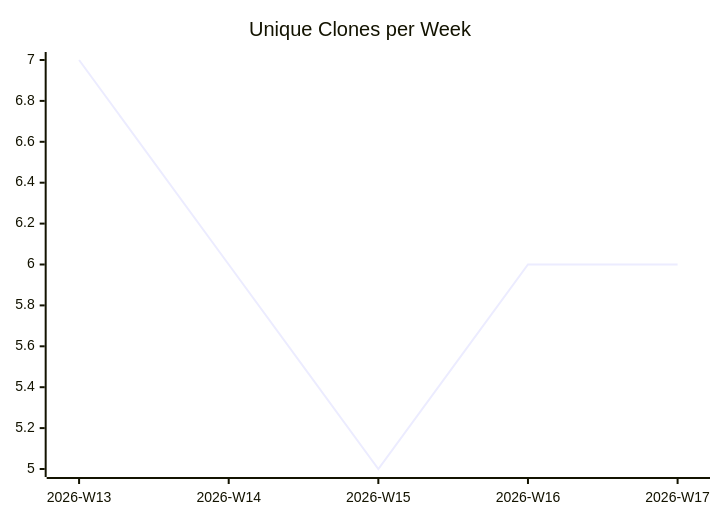
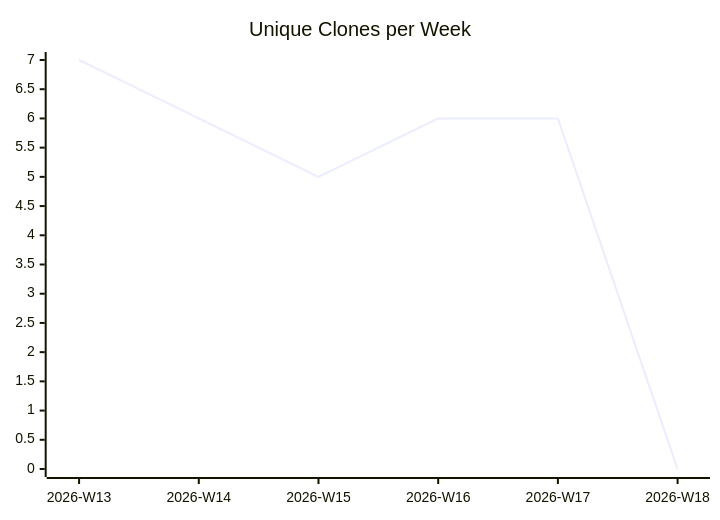
The third of 3 diagrams in karlmdavis/lego-ev3dev-rs/README.md (justdavis-family/github-analytics-data), drawn with Mermaid before and after one commit. The commit also changed other lines of this file and 184 other files, not shown here.

````diff
--- a/karlmdavis/lego-ev3dev-rs/README.md
+++ b/karlmdavis/lego-ev3dev-rs/README.md
@@ -19,6 +19,6 @@
 ```mermaid
 xychart-beta
   title "Unique Clones per Week"
-  x-axis ["2026-W13", "2026-W14", "2026-W15", "2026-W16", "2026-W17"]
-  line [7, 6, 5, 6, 6]
+  x-axis ["2026-W13", "2026-W14", "2026-W15", "2026-W16", "2026-W17", "2026-W18"]
+  line [7, 6, 5, 6, 6, 0]
 ```
````
